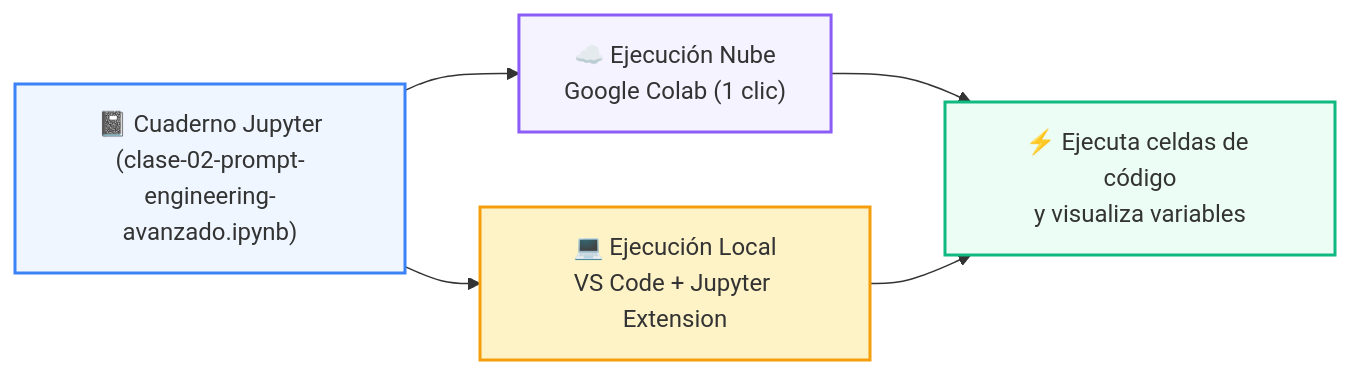
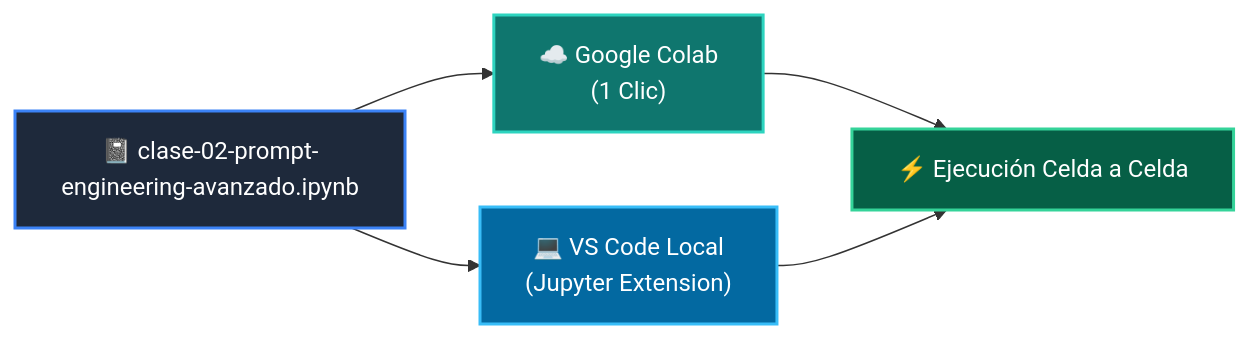
One commit to wisrovi/wisrovi-python changed the diagram in 03-agentes-ia/clase-02-prompt-engineering-avanzado/notebook/README.md. Above: the diagram before and after it, drawn with Mermaid. The commit also changed other lines of this file and 271 other files, not shown here.

Commit message:
docs: rewrite all README.md files with bespoke topic-specific Mermaid diagrams and remove repetitive boilerplate

````diff
--- a/03-agentes-ia/clase-02-prompt-engineering-avanzado/notebook/README.md
+++ b/03-agentes-ia/clase-02-prompt-engineering-avanzado/notebook/README.md
@@ -14,12 +12,12 @@
 ```mermaid
 flowchart LR
-    NB["📓 Cuaderno Jupyter<br/>(clase-02-prompt-engineering-avanzado.ipynb)"] --> COLAB["☁️ Ejecución Nube<br/>Google Colab (1 clic)"]
-    NB --> LOCAL["💻 Ejecución Local<br/>VS Code + Jupyter Extension"]
-    COLAB --> RUN["⚡ Ejecuta celdas de código<br/>y visualiza variables"]
+    NB["📓 clase-02-prompt-engineering-avanzado.ipynb"] --> COLAB["☁️ Google Colab<br/>(1 Clic)"]
+    NB --> LOCAL["💻 VS Code Local<br/>(Jupyter Extension)"]
+    COLAB --> RUN["⚡ Ejecución Celda a Celda"]
     LOCAL --> RUN
 
-    style NB fill:#eff6ff,stroke:#3b82f6,stroke-width:2px
-    style COLAB fill:#f5f3ff,stroke:#8b5cf6,stroke-width:2px
-    style LOCAL fill:#fef3c7,stroke:#f59e0b,stroke-width:2px
-    style RUN fill:#ecfdf5,stroke:#10b981,stroke-width:2px
+    style NB fill:#1e293b,color:#fff,stroke:#3b82f6,stroke-width:2px
+    style COLAB fill:#0f766e,color:#fff,stroke:#2dd4bf,stroke-width:2px
+    style LOCAL fill:#0369a1,color:#fff,stroke:#38bdf8,stroke-width:2px
+    style RUN fill:#065f46,color:#fff,stroke:#34d399,stroke-width:2px
 ```
````
